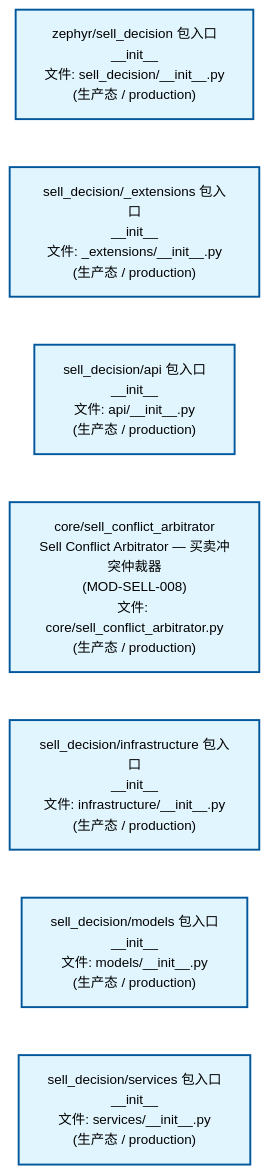
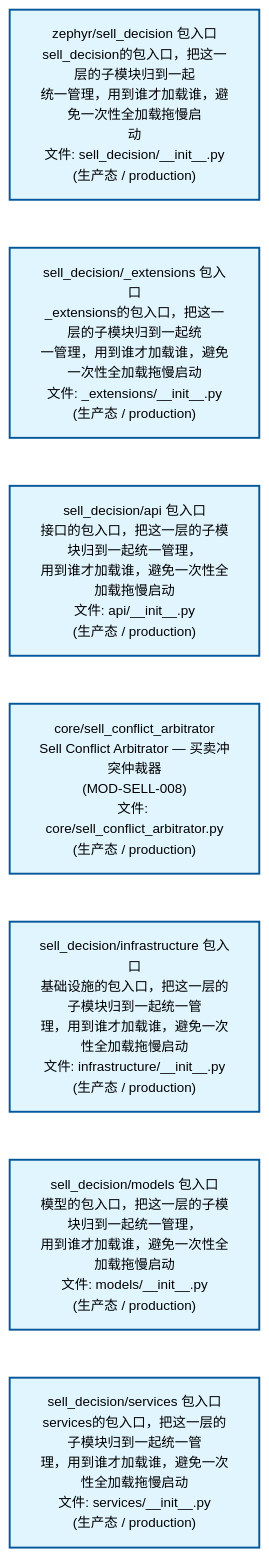
The second of 4 diagrams in docs/02_enterprise_architecture/02_domain_architecture_docs/67_d_sell_decision.md (xuanFelixVan/ZephyrAlpha), drawn with Mermaid before and after one commit. The commit also changed other lines of this file and 63 other files, not shown here.

````diff
--- a/docs/02_enterprise_architecture/02_domain_architecture_docs/67_d_sell_decision.md
+++ b/docs/02_enterprise_architecture/02_domain_architecture_docs/67_d_sell_decision.md
@@ -129,22 +131,22 @@
 ```mermaid
 %%{init: {'theme': 'base', 'themeVariables': {'primaryColor': '#eaeaea', 'primaryTextColor': '#333333', 'primaryBorderColor': '#666666', 'lineColor': '#666666', 'secondaryColor': '#eaeaea', 'tertiaryColor': '#eaeaea', 'fontSize': '14px'}}}%%
 flowchart TD
-    src_zephyr_sell_decision_init_py["zephyr/sell_decision 包入口<br/>__init__<br/>文件: sell_decision/__init__.py<br/>(生产态 / production)"]
-    src_zephyr_sell_decision_extensions_init_py["sell_decision/_extensions 包入口<br/>__init__<br/>文件: _extensions/__init__.py<br/>(生产态 / production)"]
-    src_zephyr_sell_decision_api_init_py["sell_decision/api 包入口<br/>__init__<br/>文件: api/__init__.py<br/>(生产态 / production)"]
+    src_zephyr_sell_decision_init_py["zephyr/sell_decision 包入口<br/>sell_decision的包入口，把这一层的子模块归到一起<br/>统一管理，用到谁才加载谁，避免一次性全加载拖慢启<br/>动<br/>文件: sell_decision/__init__.py<br/>(生产态 / production)"]
+    src_zephyr_sell_decision_extensions_init_py["sell_decision/_extensions 包入口<br/>_extensions的包入口，把这一层的子模块归到一起统<br/>一管理，用到谁才加载谁，避免一次性全加载拖慢启动<br/>文件: _extensions/__init__.py<br/>(生产态 / production)"]
+    src_zephyr_sell_decision_api_init_py["sell_decision/api 包入口<br/>接口的包入口，把这一层的子模块归到一起统一管理，<br/>用到谁才加载谁，避免一次性全加载拖慢启动<br/>文件: api/__init__.py<br/>(生产态 / production)"]
     src_zephyr_sell_decision_core_sell_conflict_arbitrator_py["core/sell_conflict_arbitrator<br/>Sell Conflict Arbitrator — 买卖冲突仲裁器<br/>(MOD-SELL-008)<br/>文件: core/sell_conflict_arbitrator.py<br/>(生产态 / production)"]
-    src_zephyr_sell_decision_infrastructure_init_py["sell_decision/infrastructure 包入口<br/>__init__<br/>文件: infrastructure/__init__.py<br/>(生产态 / production)"]
-    src_zephyr_sell_decision_models_init_py["sell_decision/models 包入口<br/>__init__<br/>文件: models/__init__.py<br/>(生产态 / production)"]
-    src_zephyr_sell_decision_services_init_py["sell_decision/services 包入口<br/>__init__<br/>文件: services/__init__.py<br/>(生产态 / production)"]
+    src_zephyr_sell_decision_infrastructure_init_py["sell_decision/infrastructure 包入口<br/>基础设施的包入口，把这一层的子模块归到一起统一管<br/>理，用到谁才加载谁，避免一次性全加载拖慢启动<br/>文件: infrastructure/__init__.py<br/>(生产态 / production)"]
+    src_zephyr_sell_decision_models_init_py["sell_decision/models 包入口<br/>模型的包入口，把这一层的子模块归到一起统一管理，<br/>用到谁才加载谁，避免一次性全加载拖慢启动<br/>文件: models/__init__.py<br/>(生产态 / production)"]
+    src_zephyr_sell_decision_services_init_py["sell_decision/services 包入口<br/>services的包入口，把这一层的子模块归到一起统一管<br/>理，用到谁才加载谁，避免一次性全加载拖慢启动<br/>文件: services/__init__.py<br/>(生产态 / production)"]
     src_zephyr_sell_decision_init_py ~~~ src_zephyr_sell_decision_extensions_init_py
     src_zephyr_sell_decision_extensions_init_py ~~~ src_zephyr_sell_decision_api_init_py
     src_zephyr_sell_decision_api_init_py ~~~ src_zephyr_sell_decision_core_sell_conflict_arbitrator_py
     src_zephyr_sell_decision_core_sell_conflict_arbitrator_py ~~~ src_zephyr_sell_decision_infrastructure_init_py
     src_zephyr_sell_decision_infrastructure_init_py ~~~ src_zephyr_sell_decision_models_init_py
     src_zephyr_sell_decision_models_init_py ~~~ src_zephyr_sell_decision_services_init_py
     classDef production fill:#e1f5fe,stroke:#01579b,stroke-width:2px,color:#000
     classDef design fill:#fff3e0,stroke:#e65100,stroke-width:2px,color:#000,stroke-dasharray: 5 5
     classDef external_prod fill:#e8f4fd,stroke:#0277bd,stroke-width:1px,color:#000
     classDef external_design fill:#fff8e7,stroke:#ef6c00,stroke-width:1px,color:#000,stroke-dasharray: 5 5
     class src_zephyr_sell_decision_init_py,src_zephyr_sell_decision_extensions_init_py,src_zephyr_sell_decision_api_init_py,src_zephyr_sell_decision_core_sell_conflict_arbitrator_py,src_zephyr_sell_decision_infrastructure_init_py,src_zephyr_sell_decision_models_init_py,src_zephyr_sell_decision_services_init_py production
 ```
````
